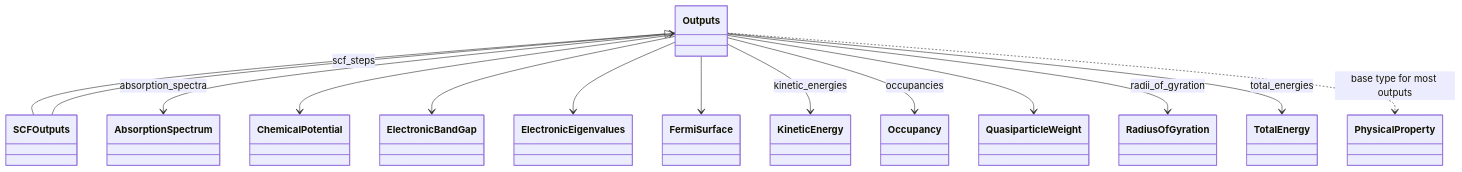
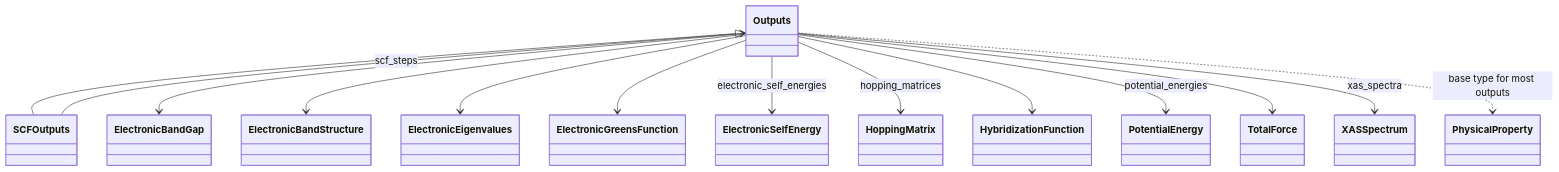
One commit to FAIRmat-NFDI/nomad-simulations changed the second of 2 diagrams in docs/schema/outputs.diagram.md. Above: the diagram before and after it, drawn with Mermaid. The commit also changed 20 other files, not shown here.

````diff
--- a/docs/schema/outputs.diagram.md
+++ b/docs/schema/outputs.diagram.md
@@ -70,42 +70,42 @@
 ```mermaid
 classDiagram
-    class AbsorptionSpectrum {
+    class ElectronicBandGap {
     }
-    class ChemicalPotential {
-    }
-    class ElectronicBandGap {
+    class ElectronicBandStructure {
     }
     class ElectronicEigenvalues {
     }
-    class FermiSurface {
+    class ElectronicGreensFunction {
     }
-    class KineticEnergy {
+    class ElectronicSelfEnergy {
     }
-    class Occupancy {
+    class HoppingMatrix {
+    }
+    class HybridizationFunction {
     }
     class Outputs {
     }
     class PhysicalProperty {
     }
-    class QuasiparticleWeight {
-    }
-    class RadiusOfGyration {
+    class PotentialEnergy {
     }
     class SCFOutputs {
     }
-    class TotalEnergy {
+    class TotalForce {
+    }
+    class XASSpectrum {
     }
     Outputs <|-- SCFOutputs
-    Outputs --> AbsorptionSpectrum : absorption_spectra
-    Outputs --> ChemicalPotential
     Outputs --> ElectronicBandGap
+    Outputs --> ElectronicBandStructure
     Outputs --> ElectronicEigenvalues
-    Outputs --> FermiSurface
-    Outputs --> KineticEnergy : kinetic_energies
-    Outputs --> Occupancy : occupancies
-    Outputs --> QuasiparticleWeight
-    Outputs --> RadiusOfGyration : radii_of_gyration
-    Outputs --> TotalEnergy : total_energies
+    Outputs --> ElectronicGreensFunction
+    Outputs --> ElectronicSelfEnergy : electronic_self_energies
+    Outputs --> HoppingMatrix : hopping_matrices
+    Outputs --> HybridizationFunction
+    Outputs --> PotentialEnergy : potential_energies
+    Outputs --> TotalForce
+    Outputs --> XASSpectrum : xas_spectra
     SCFOutputs --> Outputs : scf_steps
     Outputs ..> PhysicalProperty : base type for most outputs
 ```
````
